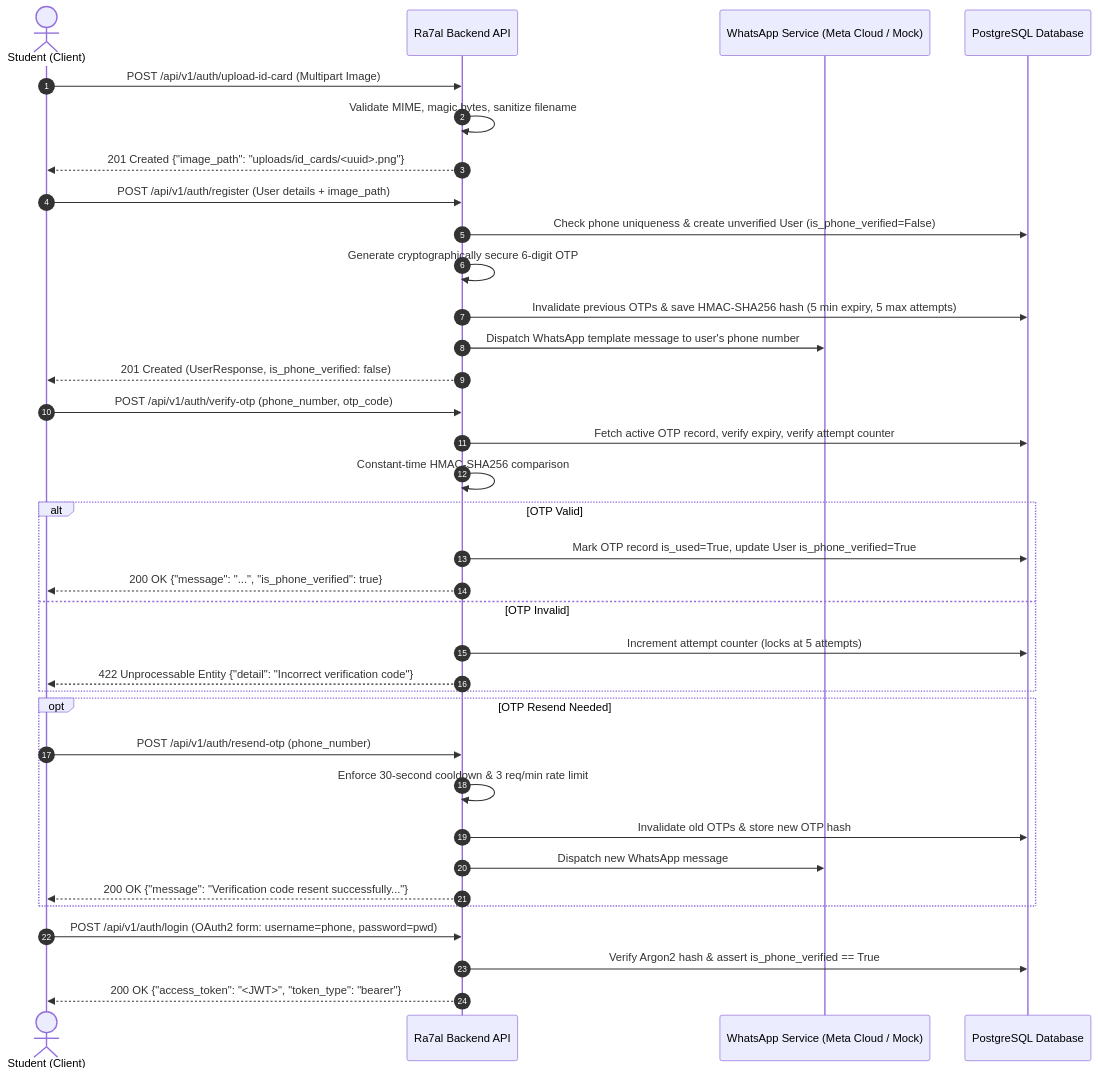
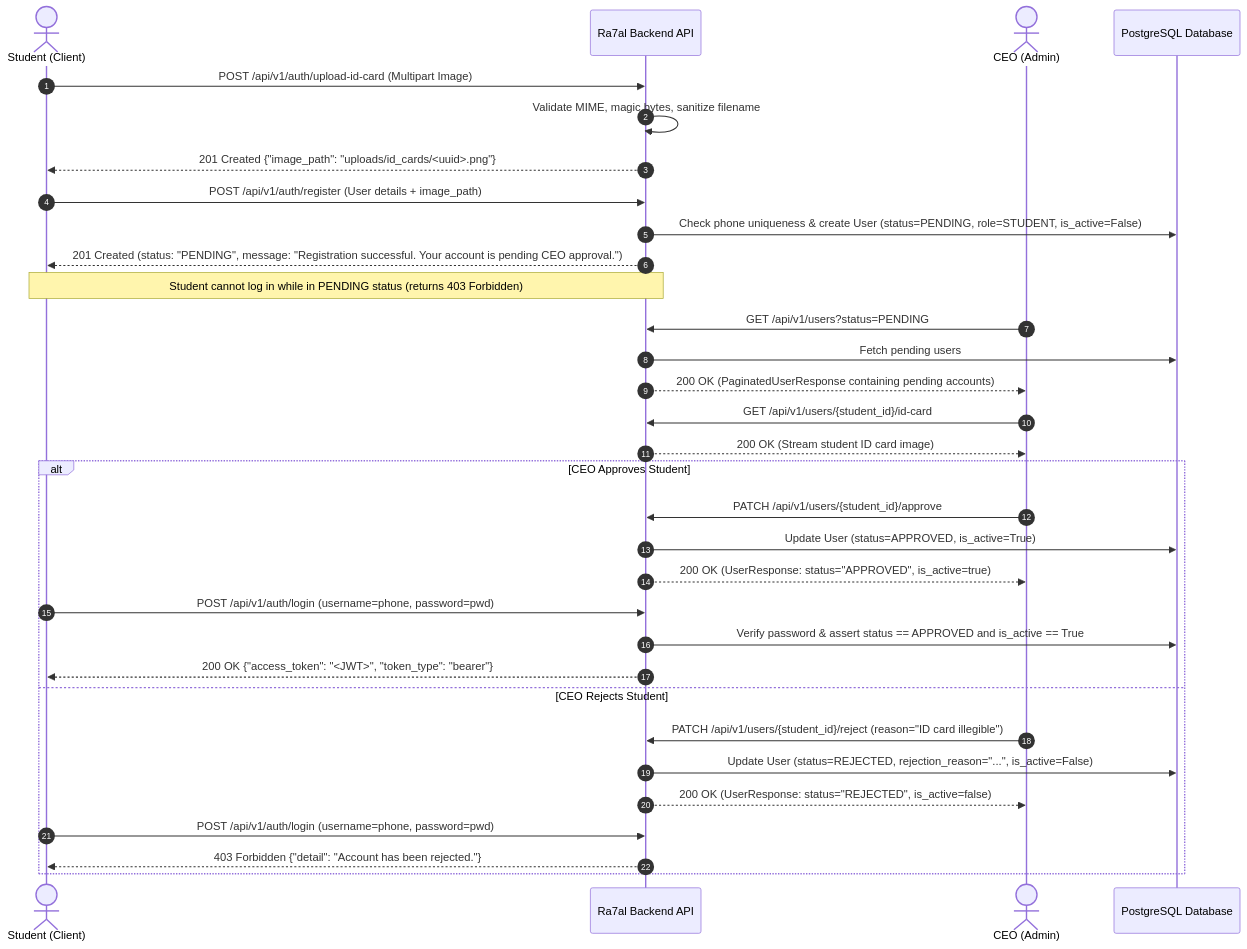
Before and after one commit to 7odam7amed/Ra7al-Backend: the diagram in docs/API_DOCUMENTATION.md, drawn with Mermaid. The commit also changed other lines of this file and 46 other files, not shown here.

Commit message:
remove_otp_verification

````diff
--- a/docs/API_DOCUMENTATION.md
+++ b/docs/API_DOCUMENTATION.md
@@ -116,42 +144,40 @@
 ```mermaid
 sequenceDiagram
     autonumber
     actor Student as Student (Client)
     participant API as Ra7al Backend API
-    participant WA as WhatsApp Service (Meta Cloud / Mock)
+    actor CEO as CEO (Admin)
     participant DB as PostgreSQL Database
 
     Student->>API: POST /api/v1/auth/upload-id-card (Multipart Image)
     API->>API: Validate MIME, magic bytes, sanitize filename
     API-->>Student: 201 Created {"image_path": "uploads/id_cards/<uuid>.png"}
 
     Student->>API: POST /api/v1/auth/register (User details + image_path)
-    API->>DB: Check phone uniqueness & create unverified User (is_phone_verified=False)
-    API->>API: Generate cryptographically secure 6-digit OTP
-    API->>DB: Invalidate previous OTPs & save HMAC-SHA256 hash (5 min expiry, 5 max attempts)
-    API->>WA: Dispatch WhatsApp template message to user's phone number
-    API-->>Student: 201 Created (UserResponse, is_phone_verified: false)
+    API->>DB: Check phone uniqueness & create User (status=PENDING, role=STUDENT, is_active=False)
+    API-->>Student: 201 Created (status: "PENDING", message: "Registration successful. Your account is pending CEO approval.")
 
-    Student->>API: POST /api/v1/auth/verify-otp (phone_number, otp_code)
-    API->>DB: Fetch active OTP record, verify expiry, verify attempt counter
-    API->>API: Constant-time HMAC-SHA256 comparison
-    alt OTP Valid
-        API->>DB: Mark OTP record is_used=True, update User is_phone_verified=True
-        API-->>Student: 200 OK {"message": "...", "is_phone_verified": true}
-    else OTP Invalid
-        API->>DB: Increment attempt counter (locks at 5 attempts)
-        API-->>Student: 422 Unprocessable Entity {"detail": "Incorrect verification code"}
+    Note over Student,API: Student cannot log in while in PENDING status (returns 403 Forbidden)
+
+    CEO->>API: GET /api/v1/users?status=PENDING
+    API->>DB: Fetch pending users
+    API-->>CEO: 200 OK (PaginatedUserResponse containing pending accounts)
+
+    CEO->>API: GET /api/v1/users/{student_id}/id-card
+    API-->>CEO: 200 OK (Stream student ID card image)
+
+    alt CEO Approves Student
+        CEO->>API: PATCH /api/v1/users/{student_id}/approve
+        API->>DB: Update User (status=APPROVED, is_active=True)
+        API-->>CEO: 200 OK (UserResponse: status="APPROVED", is_active=true)
+        Student->>API: POST /api/v1/auth/login (username=phone, password=pwd)
+        API->>DB: Verify password & assert status == APPROVED and is_active == True
+        API-->>Student: 200 OK {"access_token": "<JWT>", "token_type": "bearer"}
+    else CEO Rejects Student
+        CEO->>API: PATCH /api/v1/users/{student_id}/reject (reason="ID card illegible")
+        API->>DB: Update User (status=REJECTED, rejection_reason="...", is_active=False)
+        API-->>CEO: 200 OK (UserResponse: status="REJECTED", is_active=false)
+        Student->>API: POST /api/v1/auth/login (username=phone, password=pwd)
+        API-->>Student: 403 Forbidden {"detail": "Account has been rejected."}
     end
-
-    opt OTP Resend Needed
-        Student->>API: POST /api/v1/auth/resend-otp (phone_number)
-        API->>API: Enforce 30-second cooldown & 3 req/min rate limit
-        API->>DB: Invalidate old OTPs & store new OTP hash
-        API->>WA: Dispatch new WhatsApp message
-        API-->>Student: 200 OK {"message": "Verification code resent successfully..."}
-    end
-
-    Student->>API: POST /api/v1/auth/login (OAuth2 form: username=phone, password=pwd)
-    API->>DB: Verify Argon2 hash & assert is_phone_verified == True
-    API-->>Student: 200 OK {"access_token": "<JWT>", "token_type": "bearer"}
 ```
````
